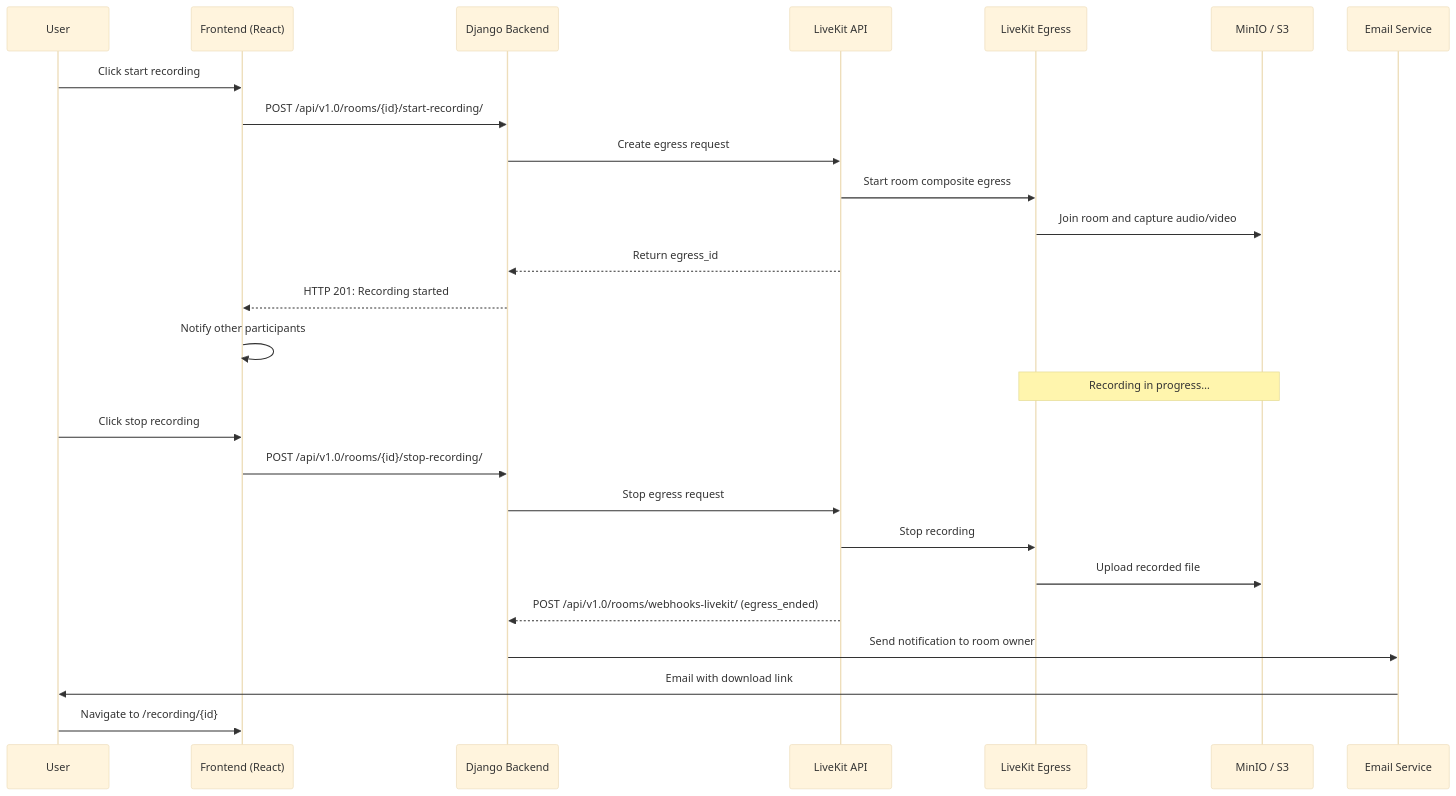
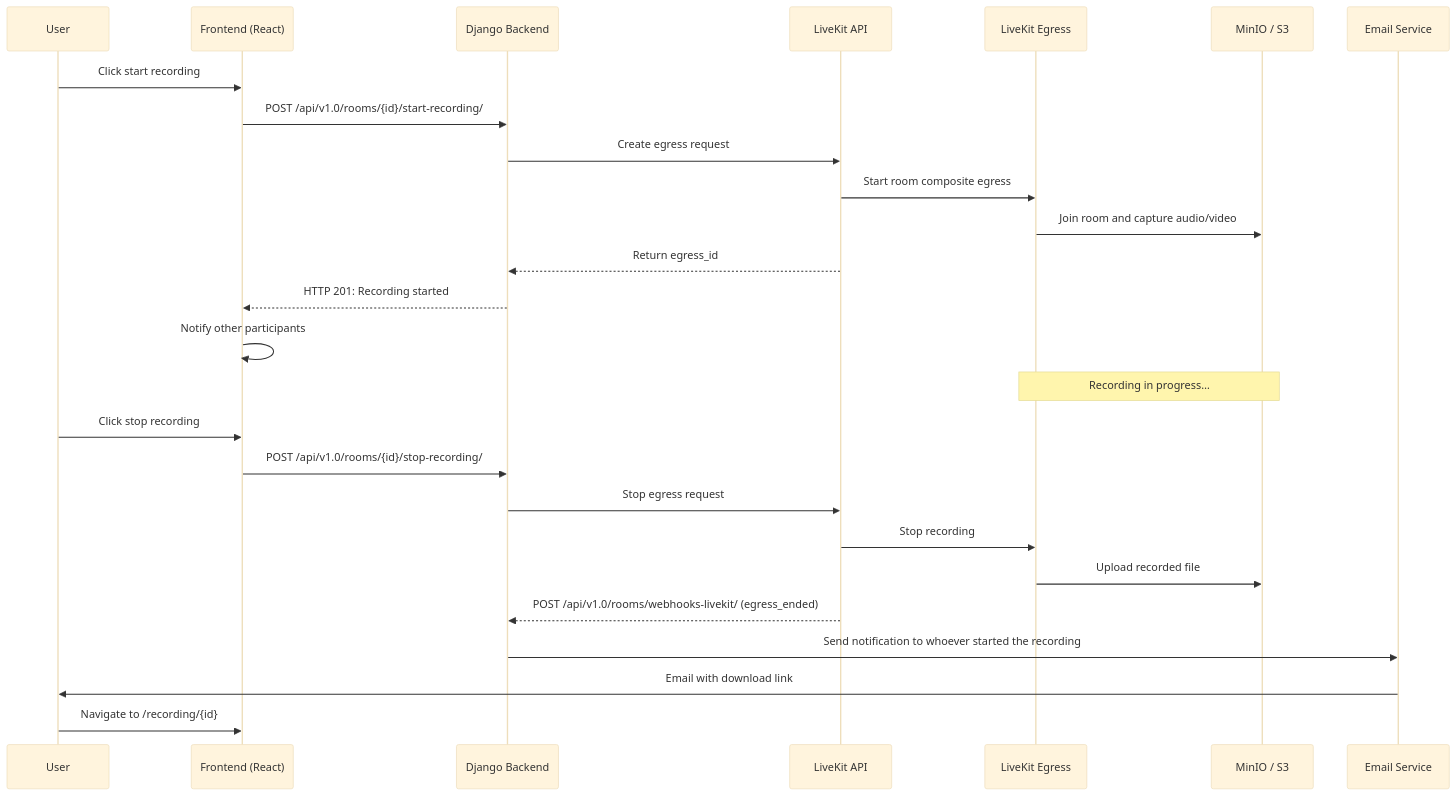
Before and after one commit to suitenumerique/meet: the diagram in docs/self-hosting/configuration/recording.md, drawn with Mermaid (base theme). The commit also changed other lines of this file and 63 other files, not shown here.

````diff
--- a/docs/self-hosting/configuration/recording.md
+++ b/docs/self-hosting/configuration/recording.md
@@ -14,31 +14,31 @@
 ```mermaid
 sequenceDiagram
     participant User
     participant Frontend as Frontend (React)
     participant Backend as Django Backend
     participant LiveKit as LiveKit API
     participant Egress as LiveKit Egress
     participant Storage as MinIO / S3
     participant Email as Email Service
 
     User->>Frontend: Click start recording
     Frontend->>Backend: POST /api/v1.0/rooms/{id}/start-recording/
     Backend->>LiveKit: Create egress request
     LiveKit->>Egress: Start room composite egress
     Egress->>Storage: Join room and capture audio/video
     LiveKit-->>Backend: Return egress_id
     Backend-->>Frontend: HTTP 201: Recording started
     Frontend->>Frontend: Notify other participants
 
     Note over Egress,Storage: Recording in progress…
 
     User->>Frontend: Click stop recording
     Frontend->>Backend: POST /api/v1.0/rooms/{id}/stop-recording/
     Backend->>LiveKit: Stop egress request
     LiveKit->>Egress: Stop recording
     Egress->>Storage: Upload recorded file
     LiveKit-->>Backend: POST /api/v1.0/rooms/webhooks-livekit/ (egress_ended)
-    Backend->>Email: Send notification to room owner
+    Backend->>Email: Send notification to whoever started the recording
     Email->>User: Email with download link
     User->>Frontend: Navigate to /recording/{id}
 ```
````
